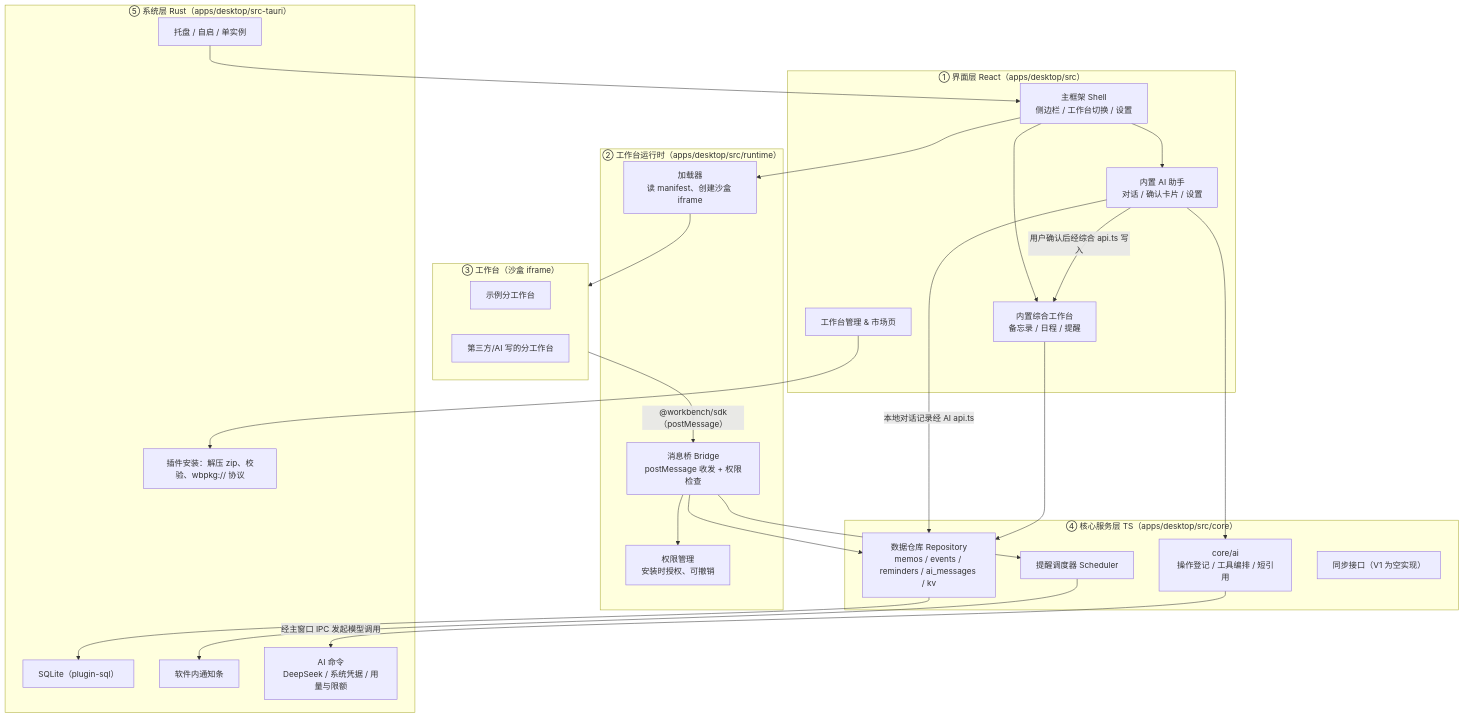
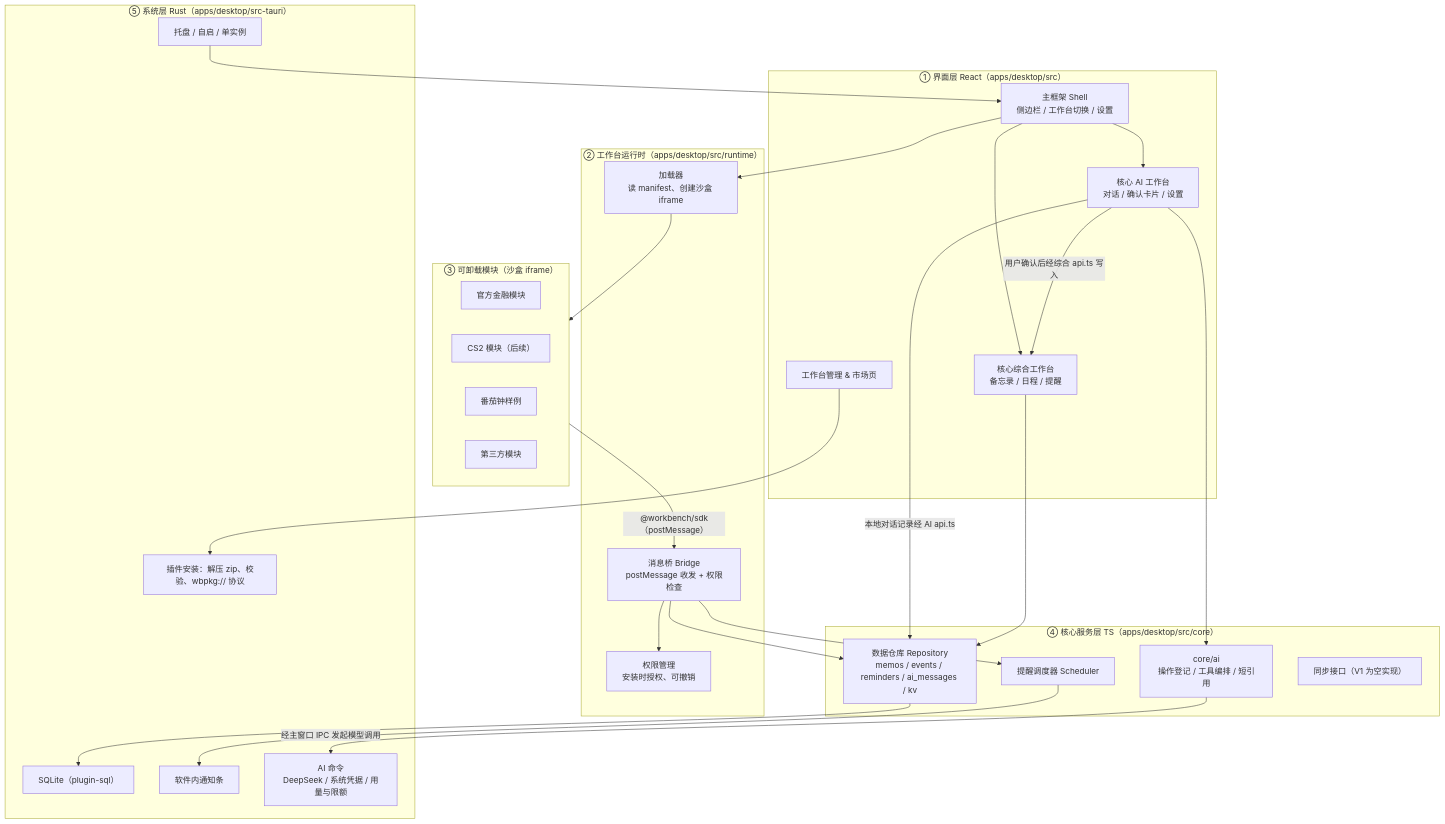
The first of 2 diagrams in ARCHITECTURE.md (roycelee597/WorkBench), drawn with Mermaid before and after one commit. The commit also changed other lines of this file and 3 other files, not shown here.

````diff
--- a/ARCHITECTURE.md
+++ b/ARCHITECTURE.md
@@ -70,53 +70,55 @@
 ```mermaid
 flowchart TB
     subgraph UI["① 界面层 React（apps/desktop/src）"]
         Shell["主框架 Shell<br/>侧边栏 / 工作台切换 / 设置"]
         Market["工作台管理 & 市场页"]
-        General["内置综合工作台<br/>备忘录 / 日程 / 提醒"]
-        AI["内置 AI 助手<br/>对话 / 确认卡片 / 设置"]
+        General["核心综合工作台<br/>备忘录 / 日程 / 提醒"]
+        AI["核心 AI 工作台<br/>对话 / 确认卡片 / 设置"]
     end
 
     subgraph Runtime["② 工作台运行时（apps/desktop/src/runtime）"]
         Loader["加载器<br/>读 manifest、创建沙盒 iframe"]
         Bridge["消息桥 Bridge<br/>postMessage 收发 + 权限检查"]
         Perm["权限管理<br/>安装时授权、可撤销"]
     end
 
-    subgraph WBs["③ 工作台（沙盒 iframe）"]
-        Sample["示例分工作台"]
-        Third["第三方/AI 写的分工作台"]
+    subgraph WBs["③ 可卸载模块（沙盒 iframe）"]
+        Financial["官方金融模块"]
+        CS2["CS2 模块（后续）"]
+        Sample["番茄钟样例"]
+        Third["第三方模块"]
     end
 
     subgraph Core["④ 核心服务层 TS（apps/desktop/src/core）"]
         Repo["数据仓库 Repository<br/>memos / events / reminders / ai_messages / kv"]
         AICore["core/ai<br/>操作登记 / 工具编排 / 短引用"]
         Sched["提醒调度器 Scheduler"]
         SyncStub["同步接口（V1 为空实现）"]
     end
 
     subgraph Native["⑤ 系统层 Rust（apps/desktop/src-tauri）"]
         SQL["SQLite（plugin-sql）"]
         Notify["软件内通知条"]
         Tray["托盘 / 自启 / 单实例"]
         Install["插件安装：解压 zip、校验、wbpkg:// 协议"]
         AINative["AI 命令<br/>DeepSeek / 系统凭据 / 用量与限额"]
     end
 
     WBs -- "@workbench/sdk（postMessage）" --> Bridge
     Bridge --> Perm
     Bridge --> Repo
     Bridge --> Sched
     Shell --> Loader
     Shell --> General
     Shell --> AI
     AI --> AICore
     AI -->|"本地对话记录经 AI api.ts"| Repo
     AI -->|"用户确认后经综合 api.ts 写入"| General
     General --> Repo
     AICore -->|"经主窗口 IPC 发起模型调用"| AINative
     Market --> Install
     Loader --> WBs
     Repo --> SQL
     Sched --> Notify
     Tray --> Shell
 ```
````
